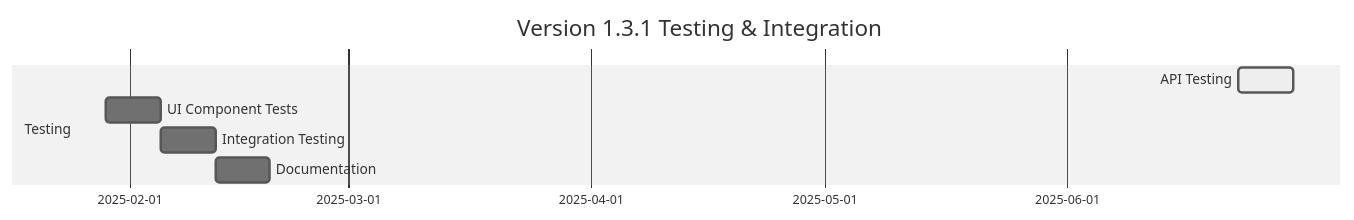
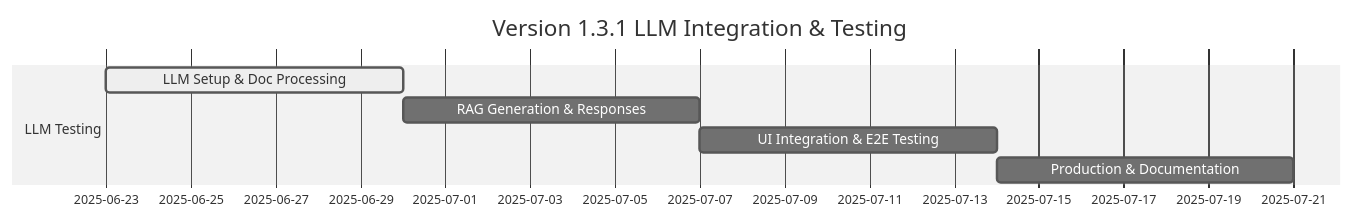
Before and after one commit to HaoyangHan/tiny-RAG: the third of 7 diagrams in FeatureMap.md, drawn with Mermaid (neutral theme). The commit also changed other lines of this file and 6 other files, not shown here.

First line of the commit message:
🤖 Enhanced v1.3.1 LLM Integration Focus & Updated Dates

````diff
--- a/FeatureMap.md
+++ b/FeatureMap.md
@@ -78,10 +78,10 @@
 ```mermaid
 gantt
-    title Version 1.3.1 Testing & Integration
-    dateFormat  2025-01-22
-    section Testing
-    API Testing          :active, 2025-01-22, 7d
-    UI Component Tests   :2025-01-29, 7d
-    Integration Testing  :2025-02-05, 7d
-    Documentation       :2025-02-12, 7d
+    title Version 1.3.1 LLM Integration & Testing
+    dateFormat  2025-06-23
+    section LLM Testing
+    LLM Setup & Doc Processing    :active, 2025-06-23, 7d
+    RAG Generation & Responses    :2025-06-30, 7d
+    UI Integration & E2E Testing :2025-07-07, 7d
+    Production & Documentation   :2025-07-14, 7d
 ```
````
